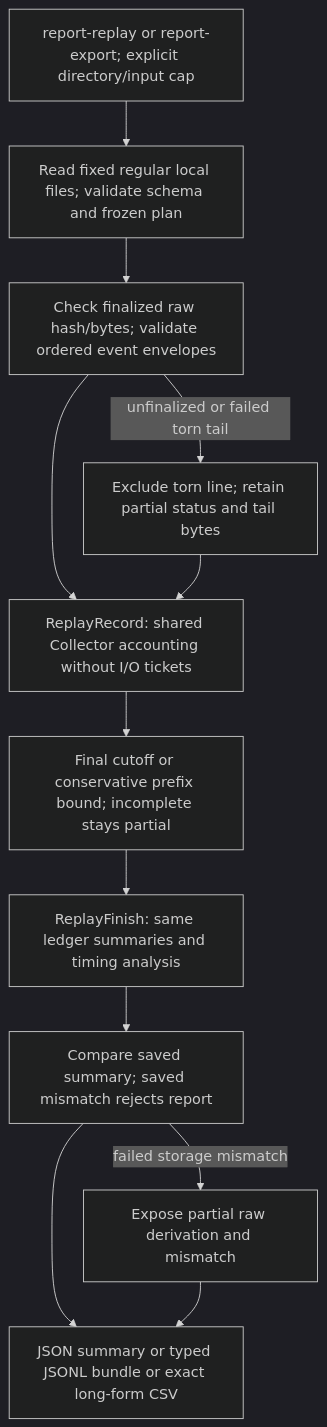
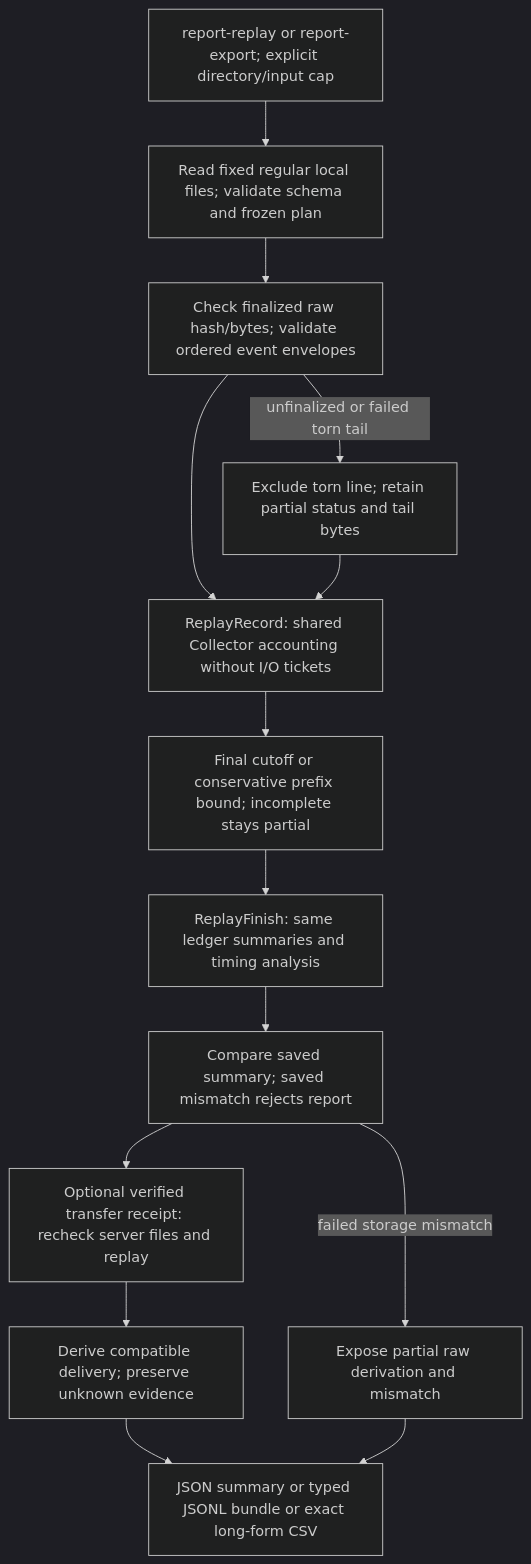
One commit to rashidbestry/sneaky-port changed diagram 12 of 13 in FLOWCHART.md. Above: the diagram before and after it, drawn with Mermaid (dark theme). The commit also changed other lines of this file and 17 other files, not shown here.

````diff
--- a/FLOWCHART.md
+++ b/FLOWCHART.md
@@ -303,14 +306,16 @@
 ```mermaid
 flowchart TD
     A[report-replay or report-export; explicit directory/input cap] --> B[Read fixed regular local files; validate schema and frozen plan]
     B --> C[Check finalized raw hash/bytes; validate ordered event envelopes]
     C --> D[ReplayRecord: shared Collector accounting without I/O tickets]
     D --> E[Final cutoff or conservative prefix bound; incomplete stays partial]
     E --> F[ReplayFinish: same ledger summaries and timing analysis]
     F --> G[Compare saved summary; saved mismatch rejects report]
-    G --> H[JSON summary or typed JSONL bundle or exact long-form CSV]
+    G --> R[Optional verified transfer receipt: recheck server files and replay]
+    R --> S[Derive compatible delivery; preserve unknown evidence]
+    S --> H[JSON summary or typed JSONL bundle or exact long-form CSV]
     C -->|unfinalized or failed torn tail| I[Exclude torn line; retain partial status and tail bytes]
     I --> D
     G -->|failed storage mismatch| J[Expose partial raw derivation and mismatch]
     J --> H
 ```
````
